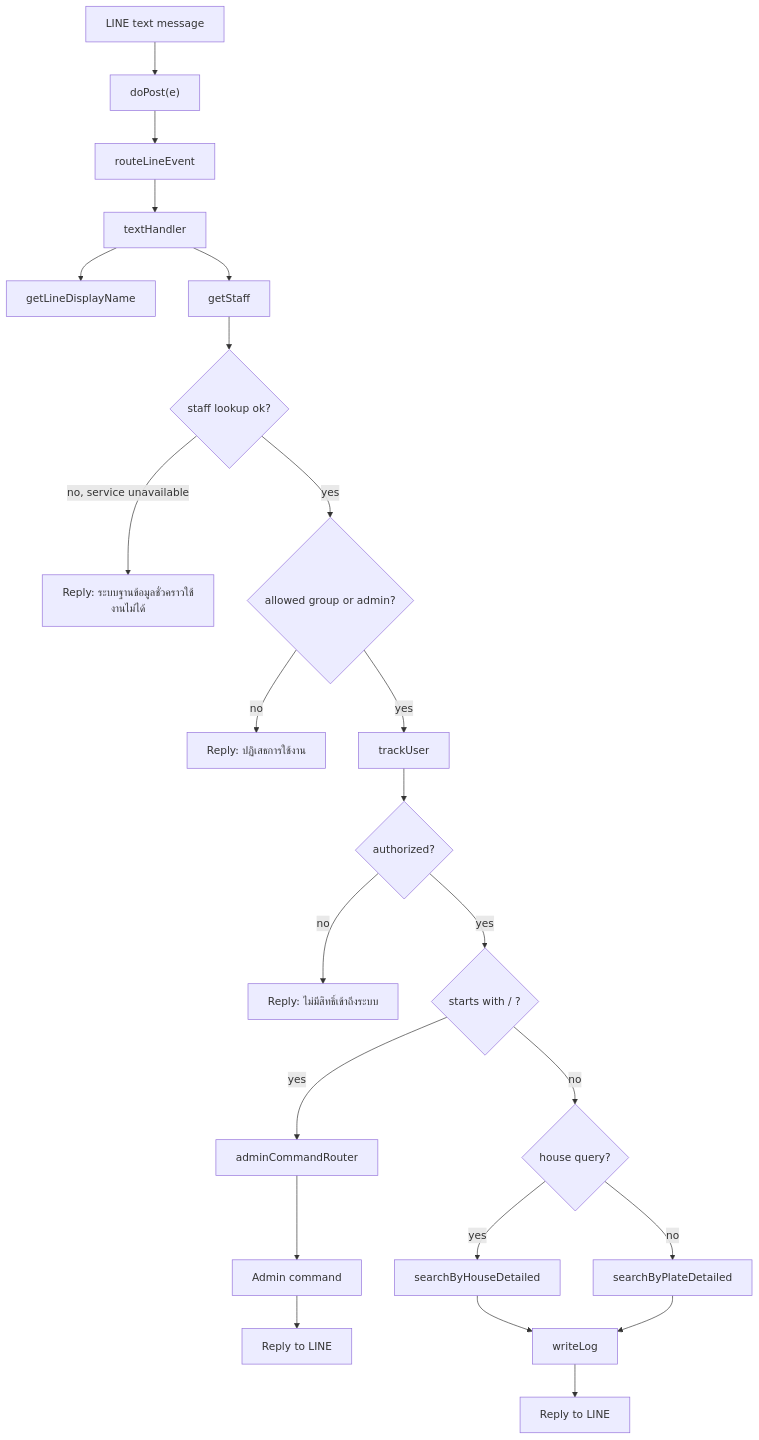
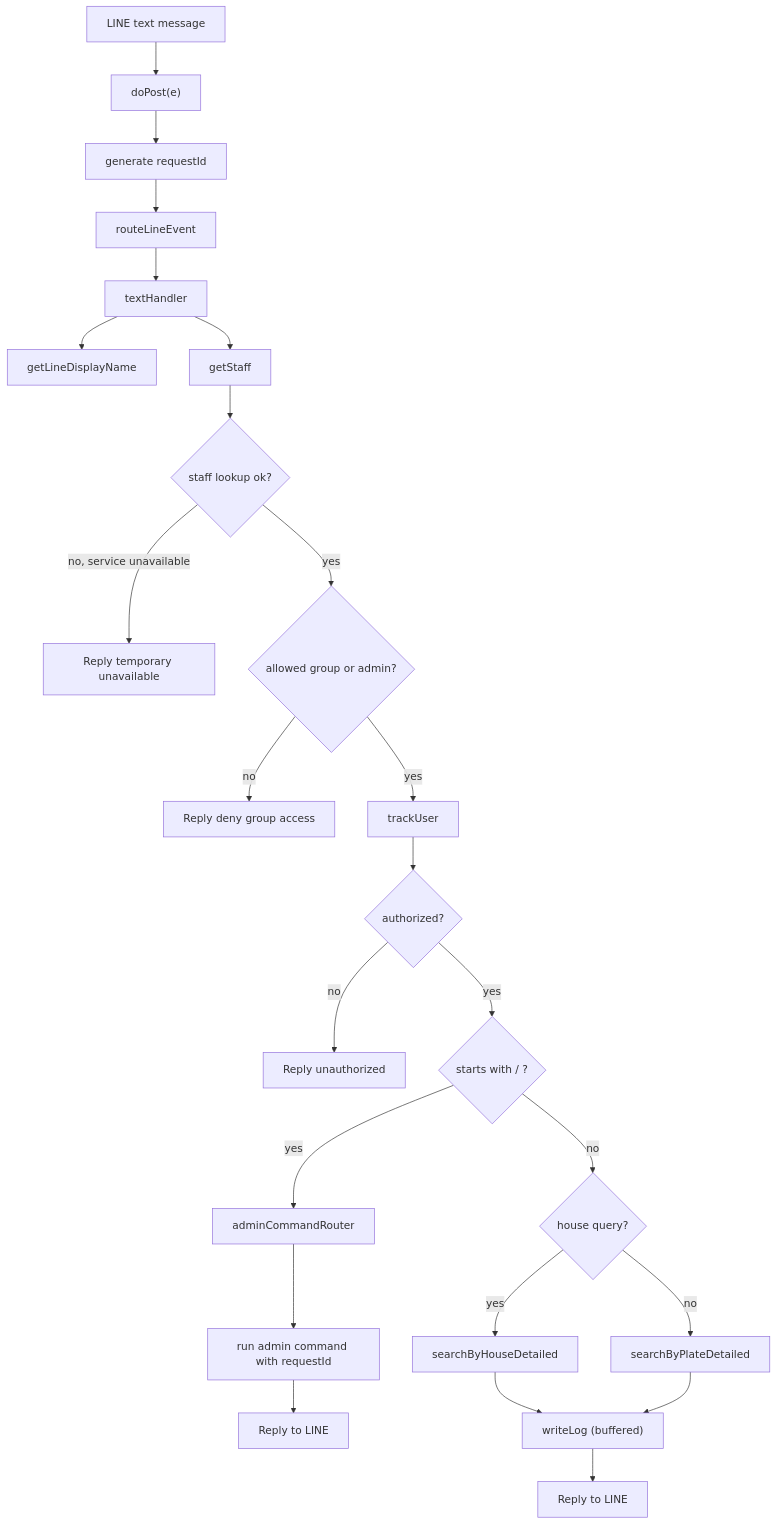
Before and after one commit to triphopy/village_vehicle_koolpuntville10: the third of 8 diagrams in docs/architecture-flow.md, drawn with Mermaid. The commit also changed other lines of this file and 5 other files, not shown here.

````diff
--- a/docs/architecture-flow.md
+++ b/docs/architecture-flow.md
@@ -90,28 +99,29 @@
 ```mermaid
 flowchart TD
     A["LINE text message"] --> B["doPost(e)"]
-    B --> C["routeLineEvent"]
-    C --> D["textHandler"]
-    D --> E["getLineDisplayName"]
-    D --> F["getStaff"]
-    F --> G{"staff lookup ok?"}
+    B --> C["generate requestId"]
+    C --> D["routeLineEvent"]
+    D --> E["textHandler"]
+    E --> F["getLineDisplayName"]
+    E --> G["getStaff"]
+    G --> H{"staff lookup ok?"}
 
-    G -- "no, service unavailable" --> H["Reply: ระบบฐานข้อมูลชั่วคราวใช้งานไม่ได้"]
-    G -- "yes" --> I{"allowed group or admin?"}
-    I -- "no" --> J["Reply: ปฏิเสธการใช้งาน"]
-    I -- "yes" --> K["trackUser"]
-    K --> L{"authorized?"}
-    L -- "no" --> M["Reply: ไม่มีสิทธิ์เข้าถึงระบบ"]
-    L -- "yes" --> N{"starts with / ?"}
+    H -- "no, service unavailable" --> I["Reply temporary unavailable"]
+    H -- "yes" --> J{"allowed group or admin?"}
+    J -- "no" --> K["Reply deny group access"]
+    J -- "yes" --> L["trackUser"]
+    L --> M{"authorized?"}
+    M -- "no" --> N["Reply unauthorized"]
+    M -- "yes" --> O{"starts with / ?"}
 
-    N -- "yes" --> O["adminCommandRouter"]
-    O --> P["Admin command"]
-    P --> Q["Reply to LINE"]
+    O -- "yes" --> P["adminCommandRouter"]
+    P --> Q["run admin command with requestId"]
+    Q --> R["Reply to LINE"]
 
-    N -- "no" --> R{"house query?"}
-    R -- "yes" --> S["searchByHouseDetailed"]
-    R -- "no" --> T["searchByPlateDetailed"]
-    S --> U["writeLog"]
-    T --> U
-    U --> V["Reply to LINE"]
+    O -- "no" --> S{"house query?"}
+    S -- "yes" --> T["searchByHouseDetailed"]
+    S -- "no" --> U["searchByPlateDetailed"]
+    T --> V["writeLog (buffered)"]
+    U --> V
+    V --> W["Reply to LINE"]
 ```
````
